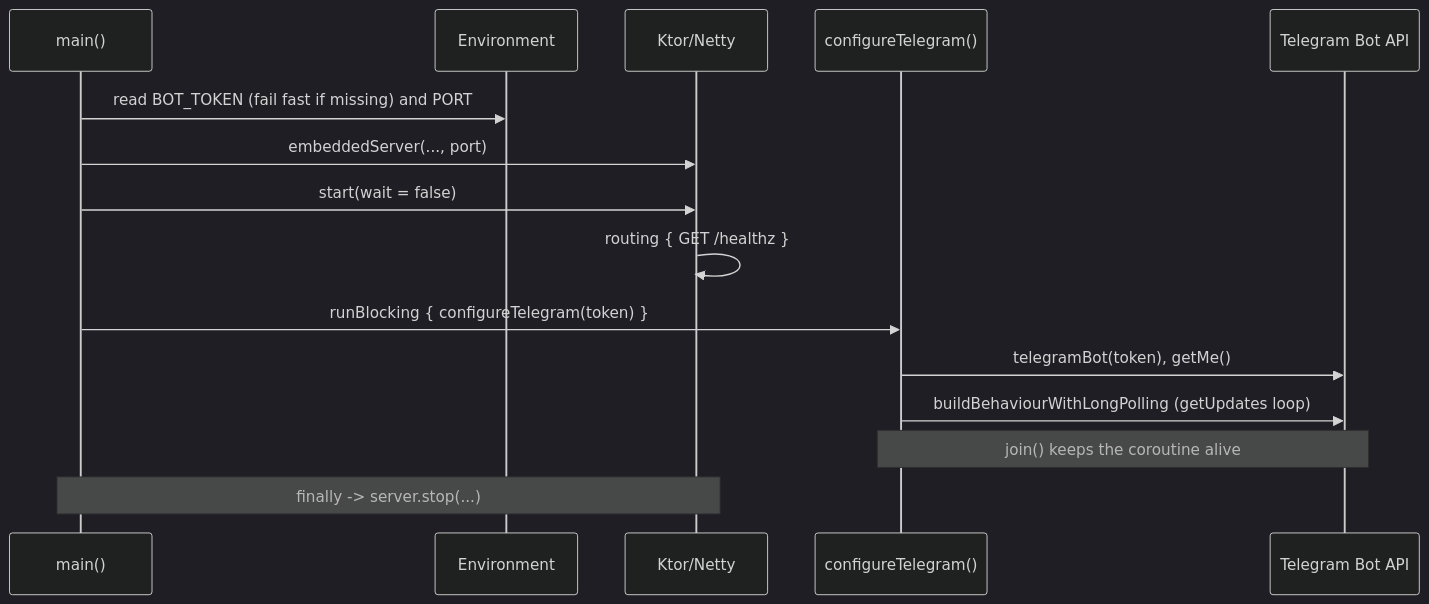
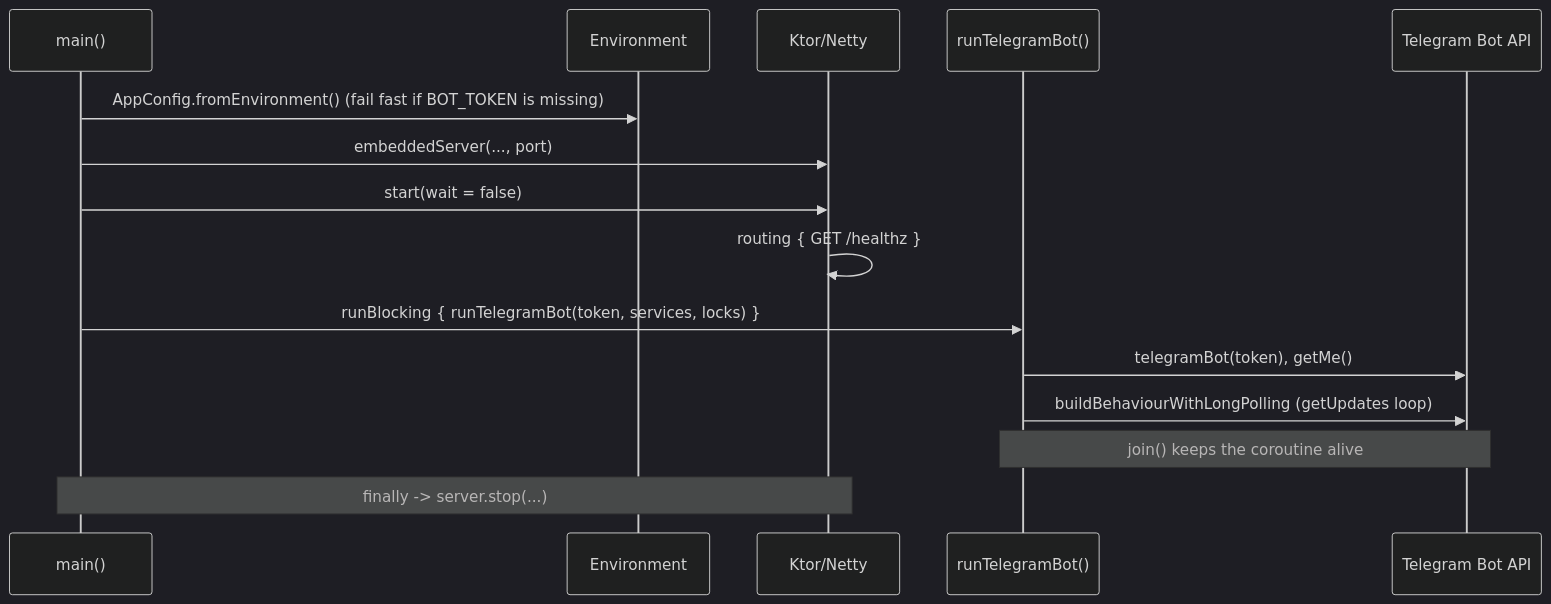
The second of 4 diagrams in docs/ARCHITECTURE.md (Giancarmine/rock-paper-scissors-lizard-spock-bot), drawn with Mermaid (dark theme) before and after one commit. The commit also changed other lines of this file and 30 other files, not shown here.

````diff
--- a/docs/ARCHITECTURE.md
+++ b/docs/ARCHITECTURE.md
@@ -38,18 +42,18 @@
 ```mermaid
 sequenceDiagram
     participant Main as main()
     participant Env as Environment
     participant Ktor as Ktor/Netty
-    participant TG as configureTelegram()
+    participant TG as runTelegramBot()
     participant API as Telegram Bot API
 
-    Main->>Env: read BOT_TOKEN (fail fast if missing) and PORT
+    Main->>Env: AppConfig.fromEnvironment() (fail fast if BOT_TOKEN is missing)
     Main->>Ktor: embeddedServer(..., port)
     Main->>Ktor: start(wait = false)
     Ktor->>Ktor: routing { GET /healthz }
-    Main->>TG: runBlocking { configureTelegram(token) }
+    Main->>TG: runBlocking { runTelegramBot(token, services, locks) }
     TG->>API: telegramBot(token), getMe()
     TG->>API: buildBehaviourWithLongPolling (getUpdates loop)
     Note over TG,API: join() keeps the coroutine alive
     Note over Main,Ktor: finally -> server.stop(...)
 ```
````
